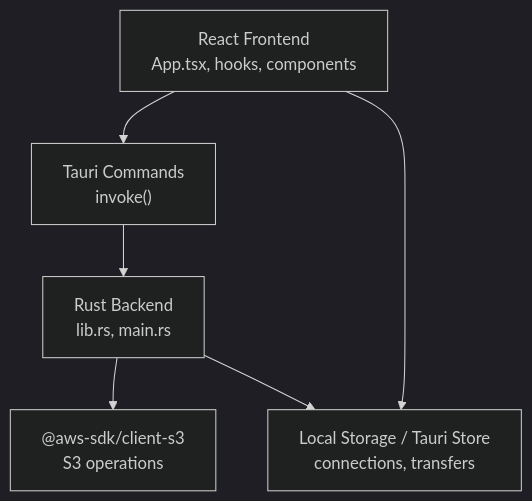
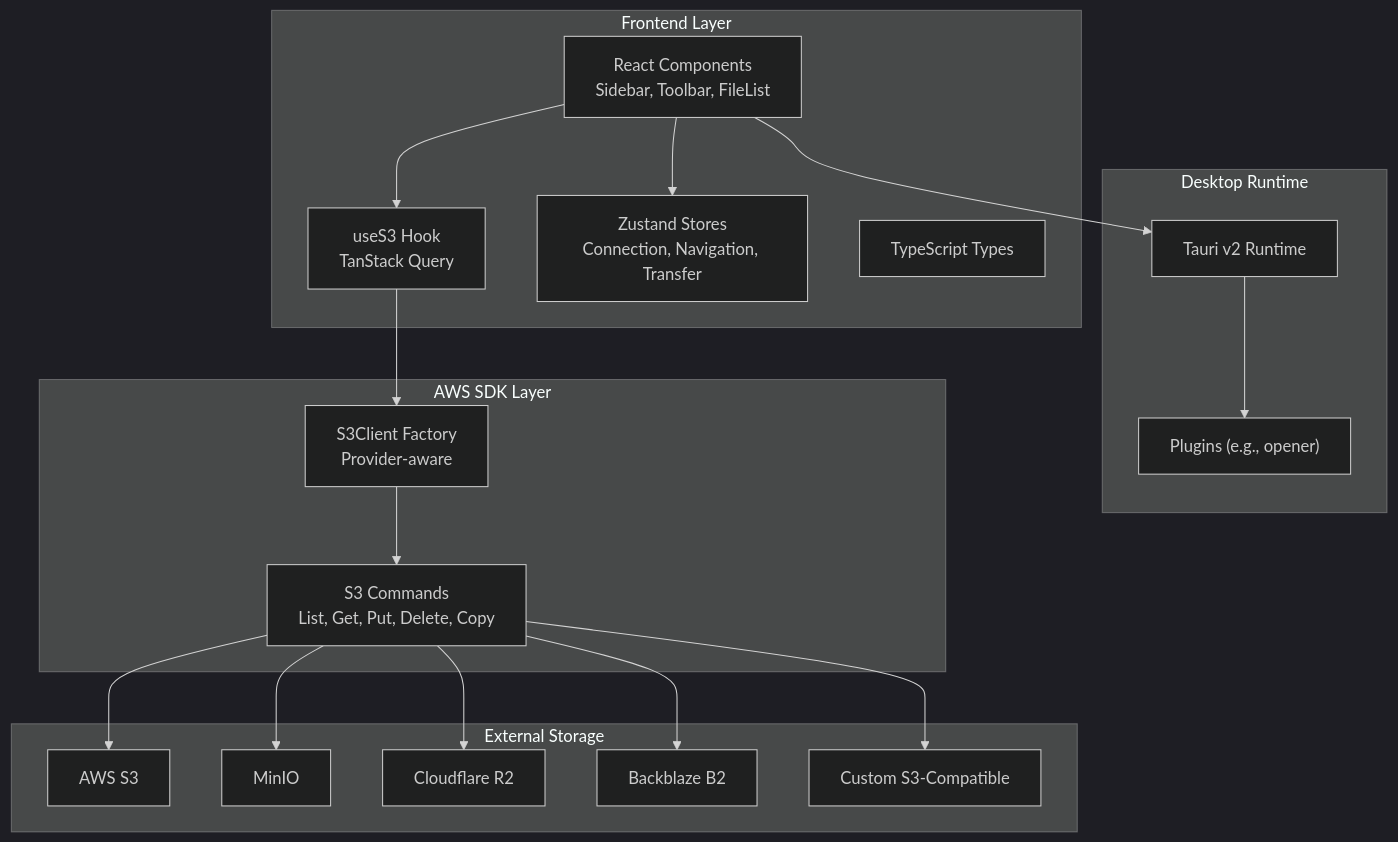
The second of 7 diagrams in .qoder/repowiki/en/content/Project Overview.md (nasrulhadi/s3-explorer), drawn with Mermaid (dark theme) before and after one commit. The commit also changed other lines of this file and 46 other files, not shown here.

````diff
--- a/.qoder/repowiki/en/content/Project Overview.md
+++ b/.qoder/repowiki/en/content/Project Overview.md
@@ -98,13 +195,35 @@
 ```mermaid
 graph TB
-FE["React Frontend<br/>App.tsx, hooks, components"]
-CMD["Tauri Commands<br/>invoke()"]
-RS["Rust Backend<br/>lib.rs, main.rs"]
-S3["@aws-sdk/client-s3<br/>S3 operations"]
-STORE["Local Storage / Tauri Store<br/>connections, transfers"]
-FE --> CMD
-CMD --> RS
-RS --> S3
-FE --> STORE
-RS --> STORE
+subgraph "Desktop Runtime"
+Tauri["Tauri v2 Runtime"]
+Plugins["Plugins (e.g., opener)"]
+end
+subgraph "Frontend Layer"
+UI["React Components<br/>Sidebar, Toolbar, FileList"]
+Hooks["useS3 Hook<br/>TanStack Query"]
+Stores["Zustand Stores<br/>Connection, Navigation, Transfer"]
+Types["TypeScript Types"]
+end
+subgraph "AWS SDK Layer"
+Client["S3Client Factory<br/>Provider-aware"]
+Commands["S3 Commands<br/>List, Get, Put, Delete, Copy"]
+end
+subgraph "External Storage"
+AWS["AWS S3"]
+MINIO["MinIO"]
+R2["Cloudflare R2"]
+B2["Backblaze B2"]
+CUSTOM["Custom S3-Compatible"]
+end
+UI --> Hooks
+UI --> Stores
+Hooks --> Client
+Client --> Commands
+Commands --> AWS
+Commands --> MINIO
+Commands --> R2
+Commands --> B2
+Commands --> CUSTOM
+UI --> Tauri
+Tauri --> Plugins
 ```
````
